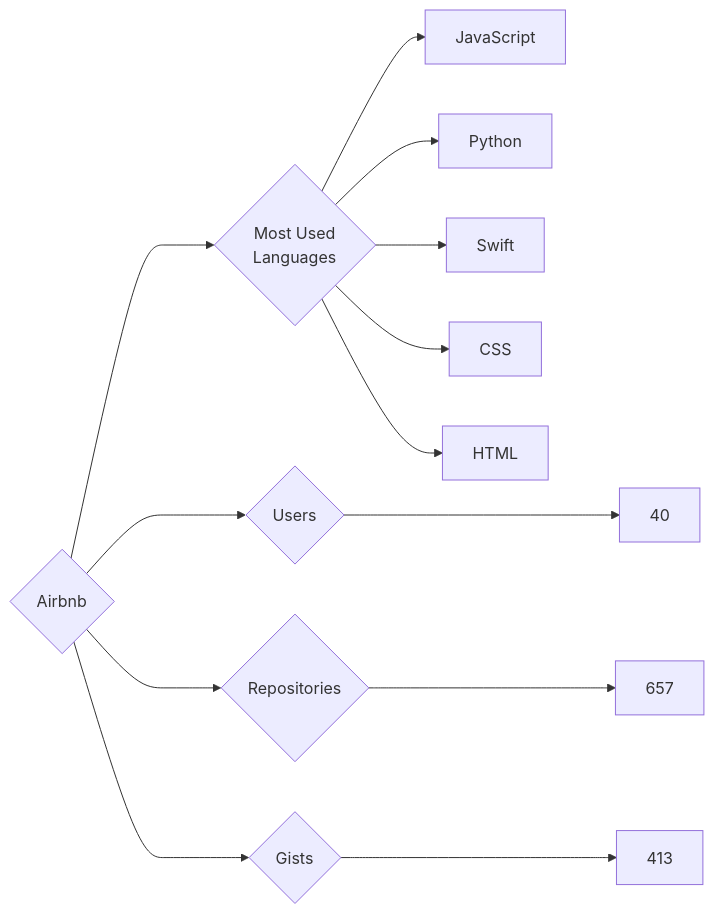
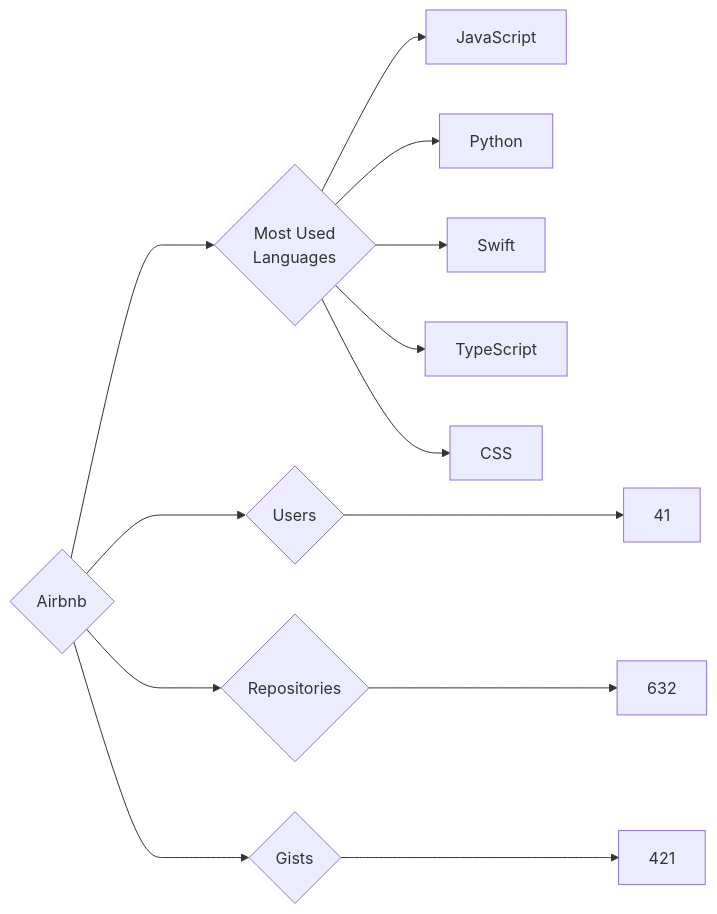
One commit to trickest/insiders changed the diagram in targets/Airbnb/README.md. Above: the diagram before and after it, drawn with Mermaid. The commit also changed 930 other files, not shown here.

````diff
--- a/targets/Airbnb/README.md
+++ b/targets/Airbnb/README.md
@@ -3,13 +3,13 @@
 ```mermaid
 graph LR
 COMPANY_NAME{Airbnb}
-COMPANY_NAME ---> U{Users} ---> UN[40]
-COMPANY_NAME ---> R{Repositories} ---> RN[657]
-COMPANY_NAME ---> G{Gists} ---> GN[413]
+COMPANY_NAME ---> U{Users} ---> UN[41]
+COMPANY_NAME ---> R{Repositories} ---> RN[632]
+COMPANY_NAME ---> G{Gists} ---> GN[421]
 COMPANY_NAME ---> ML{Most Used<br>Languages}
 ML --> JavaScript[JavaScript]
 ML --> Python[Python]
 ML --> Swift[Swift]
+ML --> TypeScript[TypeScript]
 ML --> CSS[CSS]
-ML --> HTML[HTML]
 ```
````
